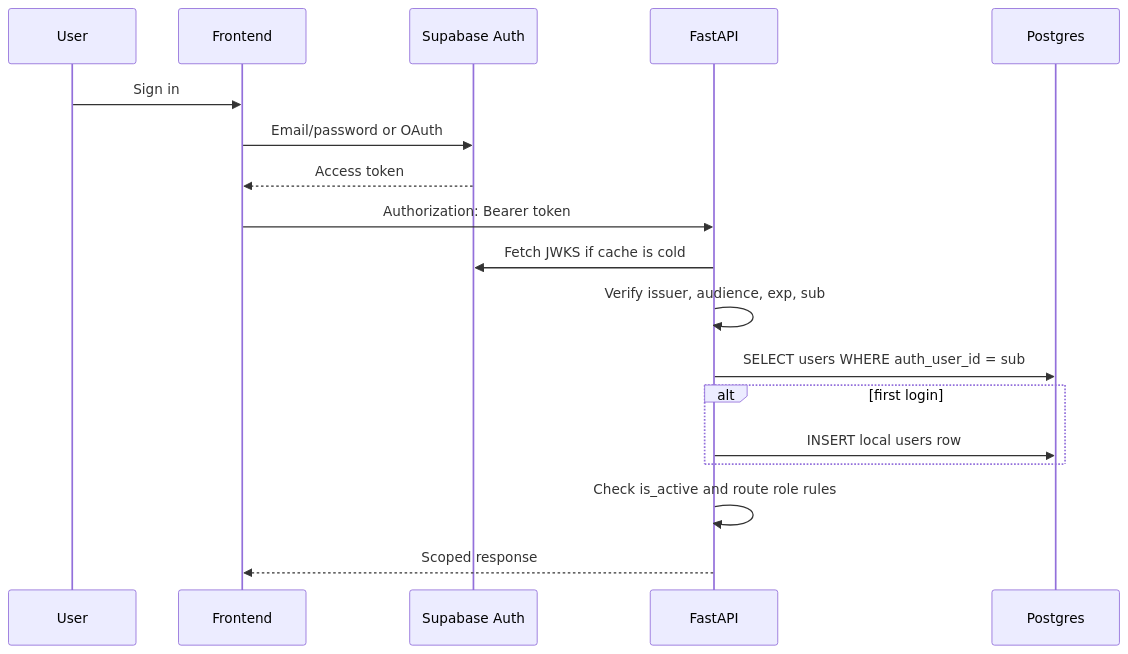
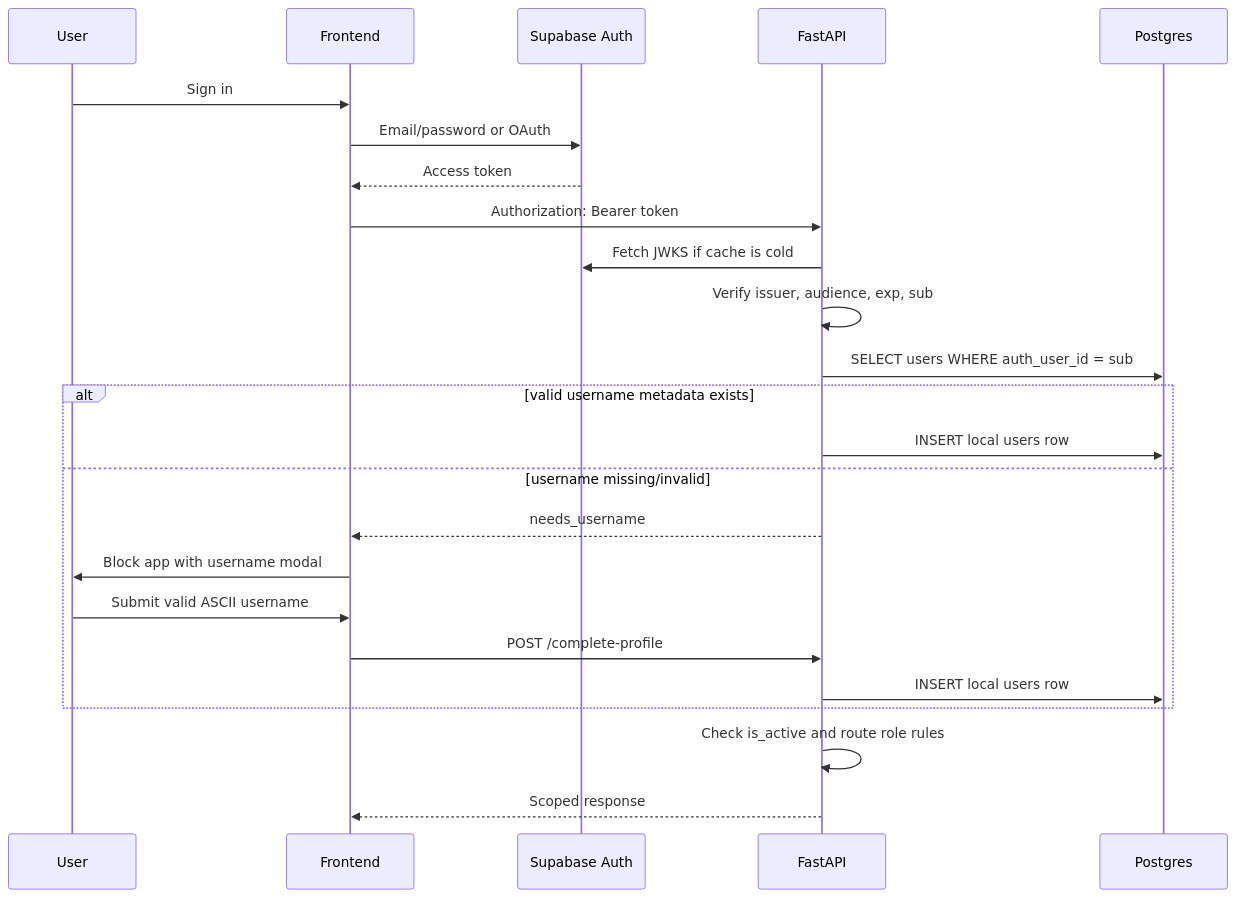
The second of 4 diagrams in docs/SRS.md (markiengo/fantasy), drawn with Mermaid before and after one commit. The commit also changed other lines of this file and 4 other files, not shown here.

Commit message:
docs: update API, SRS, schema, README, and DESIGN docs

````diff
--- a/docs/SRS.md
+++ b/docs/SRS.md
@@ -67,21 +68,27 @@
 ```mermaid
 sequenceDiagram
   participant U as User
   participant FE as Frontend
   participant SA as Supabase Auth
   participant API as FastAPI
   participant DB as Postgres
 
   U->>FE: Sign in
   FE->>SA: Email/password or OAuth
   SA-->>FE: Access token
   FE->>API: Authorization: Bearer token
   API->>SA: Fetch JWKS if cache is cold
   API->>API: Verify issuer, audience, exp, sub
   API->>DB: SELECT users WHERE auth_user_id = sub
-  alt first login
+  alt valid username metadata exists
+    API->>DB: INSERT local users row
+  else username missing/invalid
+    API-->>FE: needs_username
+    FE->>U: Block app with username modal
+    U->>FE: Submit valid ASCII username
+    FE->>API: POST /complete-profile
     API->>DB: INSERT local users row
   end
   API->>API: Check is_active and route role rules
   API-->>FE: Scoped response
 ```
````
